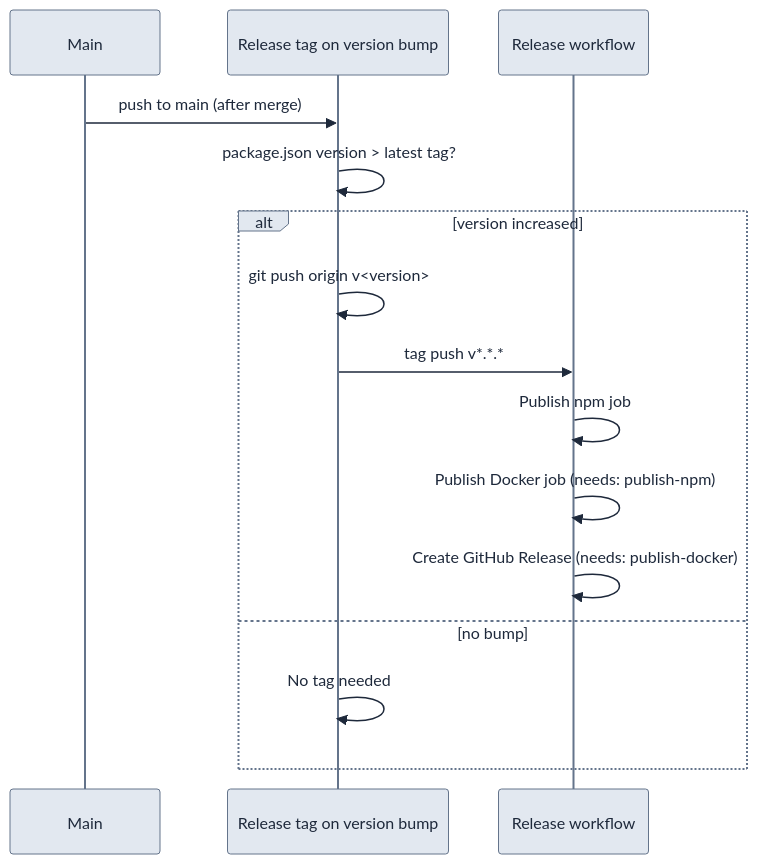
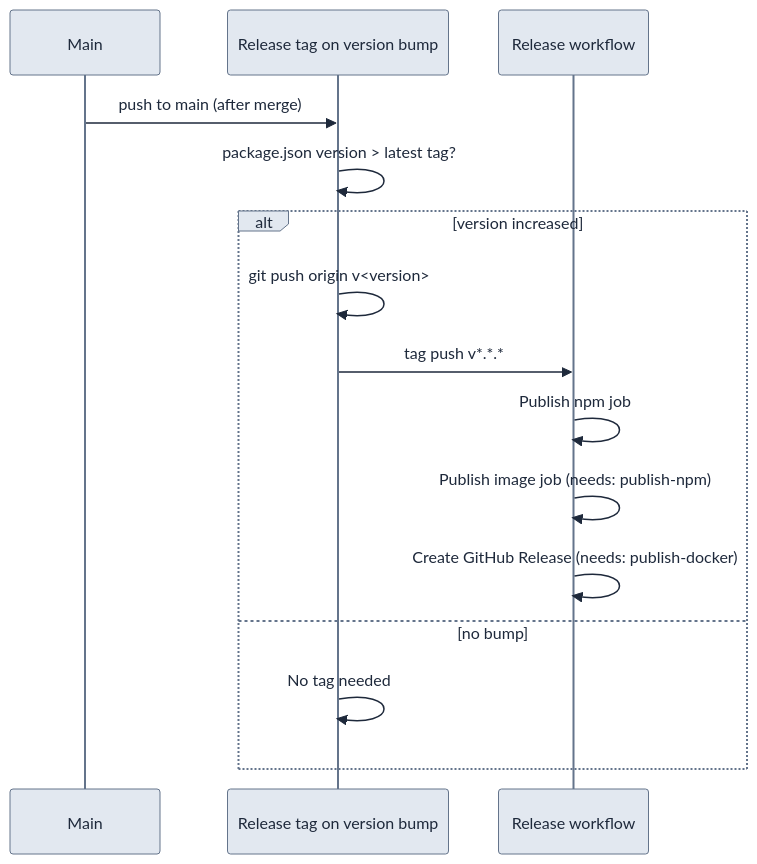
One commit to debian777/kairos-mcp changed the third of 3 diagrams in .github/workflows/README.md. Above: the diagram before and after it, drawn with Mermaid. The commit also changed other lines of this file and 2 other files, not shown here.

Commit message:
fix(ci): use vars.QUAY_NAMESPACE and align README with publish-container

````diff
--- a/.github/workflows/README.md
+++ b/.github/workflows/README.md
@@ -109,19 +109,19 @@
 ```mermaid
 %%{init: {'theme':'base', 'themeVariables': { 'primaryColor':'#e2e8f0', 'primaryTextColor':'#1e293b', 'primaryBorderColor':'#64748b', 'lineColor':'#64748b', 'secondaryColor':'#fef3c7', 'tertiaryColor':'#dcfce7' }}}%%
 sequenceDiagram
   participant Main as Main #e2e8f0
   participant RTAG as Release tag on version bump #fef3c7
   participant REL as Release workflow #fef3c7
 
   Main->>RTAG: push to main (after merge)
   RTAG->>RTAG: package.json version > latest tag?
   alt version increased
     RTAG->>RTAG: git push origin v<version>
   RTAG->>REL: tag push v*.*.*
   REL->>REL: Publish npm job
-  REL->>REL: Publish Docker job (needs: publish-npm)
+  REL->>REL: Publish image job (needs: publish-npm)
   REL->>REL: Create GitHub Release (needs: publish-docker)
   else no bump
     RTAG->>RTAG: No tag needed
   end
 ```
````
